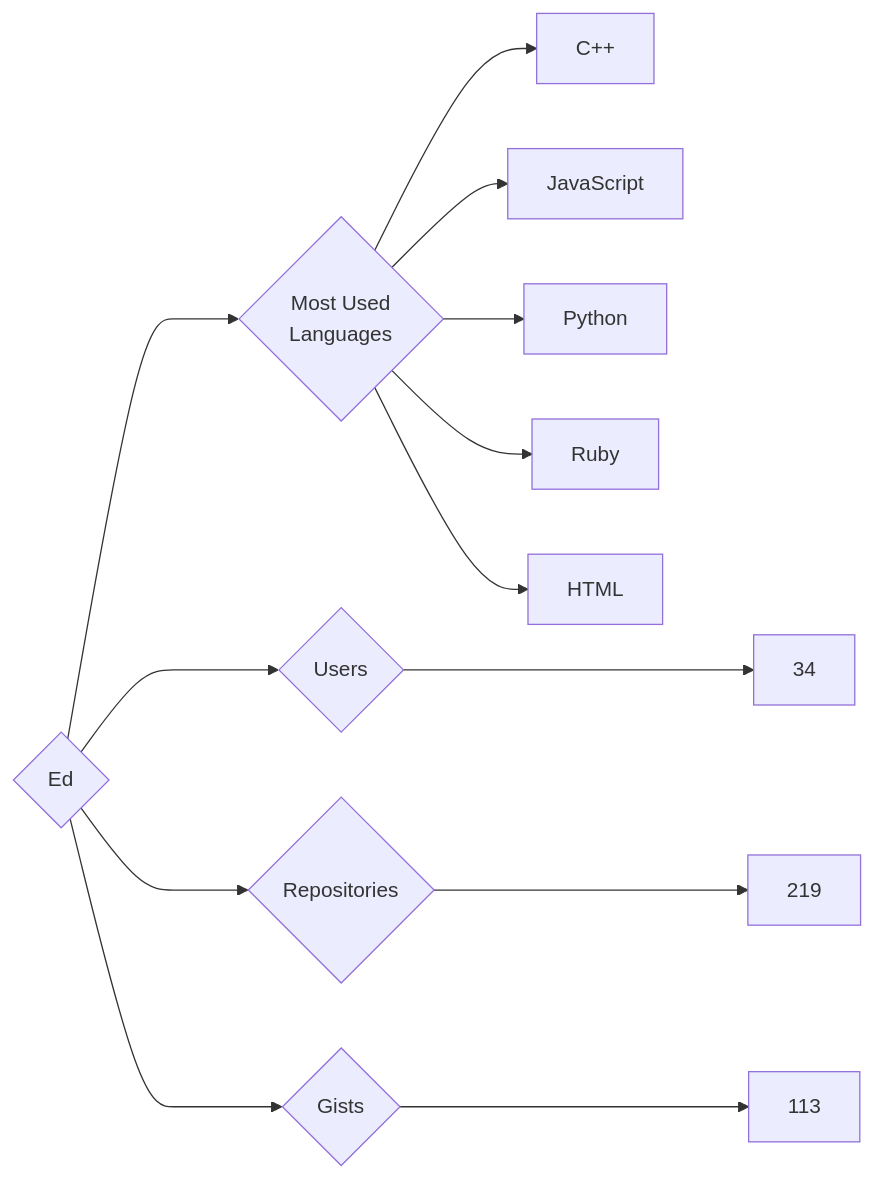
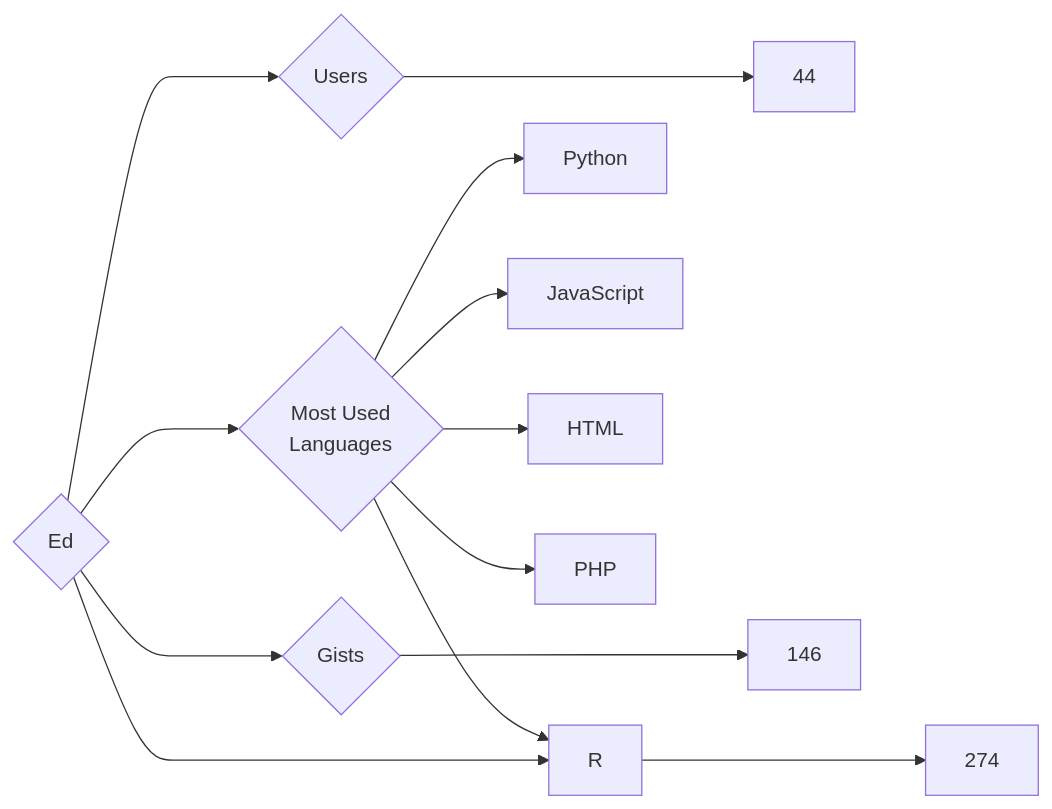
One commit to trickest/insiders changed the diagram in targets/Ed/README.md. Above: the diagram before and after it, drawn with Mermaid. The commit also changed 925 other files, not shown here.

````diff
--- a/targets/Ed/README.md
+++ b/targets/Ed/README.md
@@ -3,13 +3,13 @@
 ```mermaid
 graph LR
 COMPANY_NAME{Ed}
-COMPANY_NAME ---> U{Users} ---> UN[34]
-COMPANY_NAME ---> R{Repositories} ---> RN[219]
-COMPANY_NAME ---> G{Gists} ---> GN[113]
+COMPANY_NAME ---> U{Users} ---> UN[44]
+COMPANY_NAME ---> R{Repositories} ---> RN[274]
+COMPANY_NAME ---> G{Gists} ---> GN[146]
 COMPANY_NAME ---> ML{Most Used<br>Languages}
-ML --> C++[C++]
+ML --> Python[Python]
 ML --> JavaScript[JavaScript]
-ML --> Python[Python]
-ML --> Ruby[Ruby]
+ML --> R[R]
 ML --> HTML[HTML]
+ML --> PHP[PHP]
 ```
````
